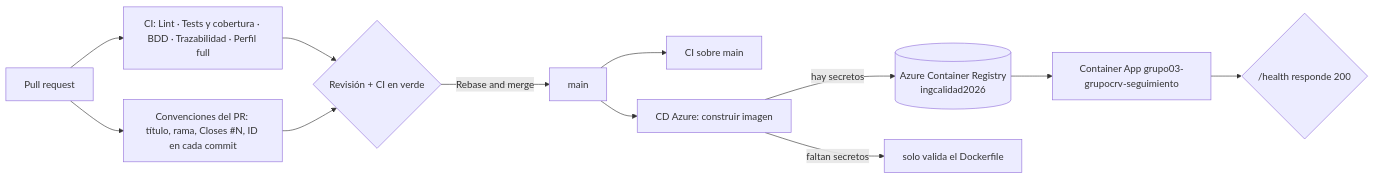
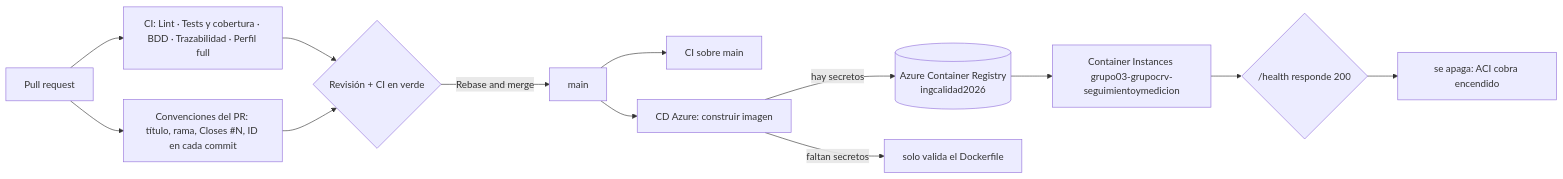
One commit to Tomas-Romero/grupocrv-seguimientoymedicion changed the diagram in docs/ci-cd.md. Above: the diagram before and after it, drawn with Mermaid. The commit also changed other lines of this file, not shown here.

Commit message:
docs(ci): documentar el despliegue en ACI, su costo y como encender y apagar [T-018]

````diff
--- a/docs/ci-cd.md
+++ b/docs/ci-cd.md
@@ -7,14 +7,14 @@
 ```mermaid
 flowchart LR
     A[Pull request] --> B[CI: Lint · Tests y cobertura · BDD · Trazabilidad · Perfil full]
     A --> C[Convenciones del PR: título, rama, Closes #N, ID en cada commit]
     B --> D{Revisión + CI en verde}
     C --> D
     D -->|Rebase and merge| E[main]
     E --> F[CI sobre main]
     E --> G[CD Azure: construir imagen]
     G -->|hay secretos| H[(Azure Container Registry<br/>ingcalidad2026)]
-    H --> J[Container App grupo03-grupocrv-seguimiento]
-    J --> K{/health responde 200}
+    H --> J[Container Instances grupo03-grupocrv-seguimientoymedicion]
+    J --> K{/health responde 200} --> L[se apaga: ACI cobra encendido]
     G -->|faltan secretos| I[solo valida el Dockerfile]
 ```
````
